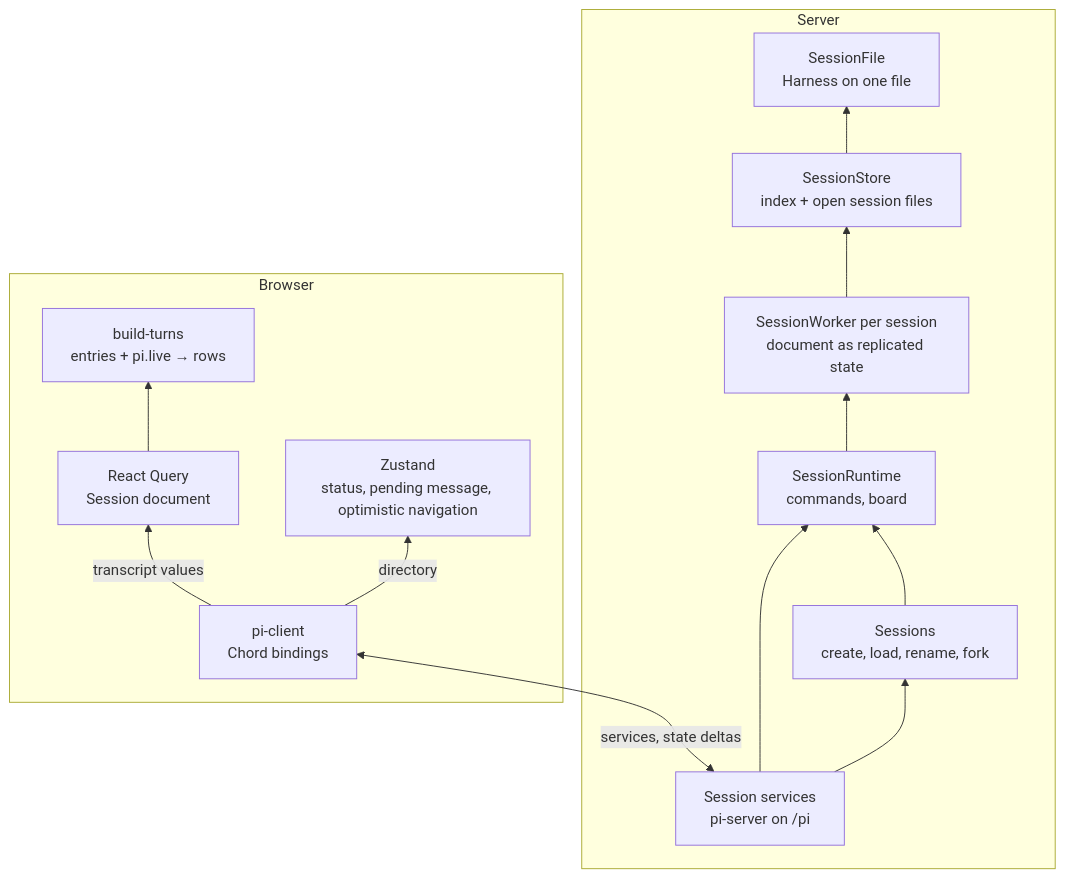
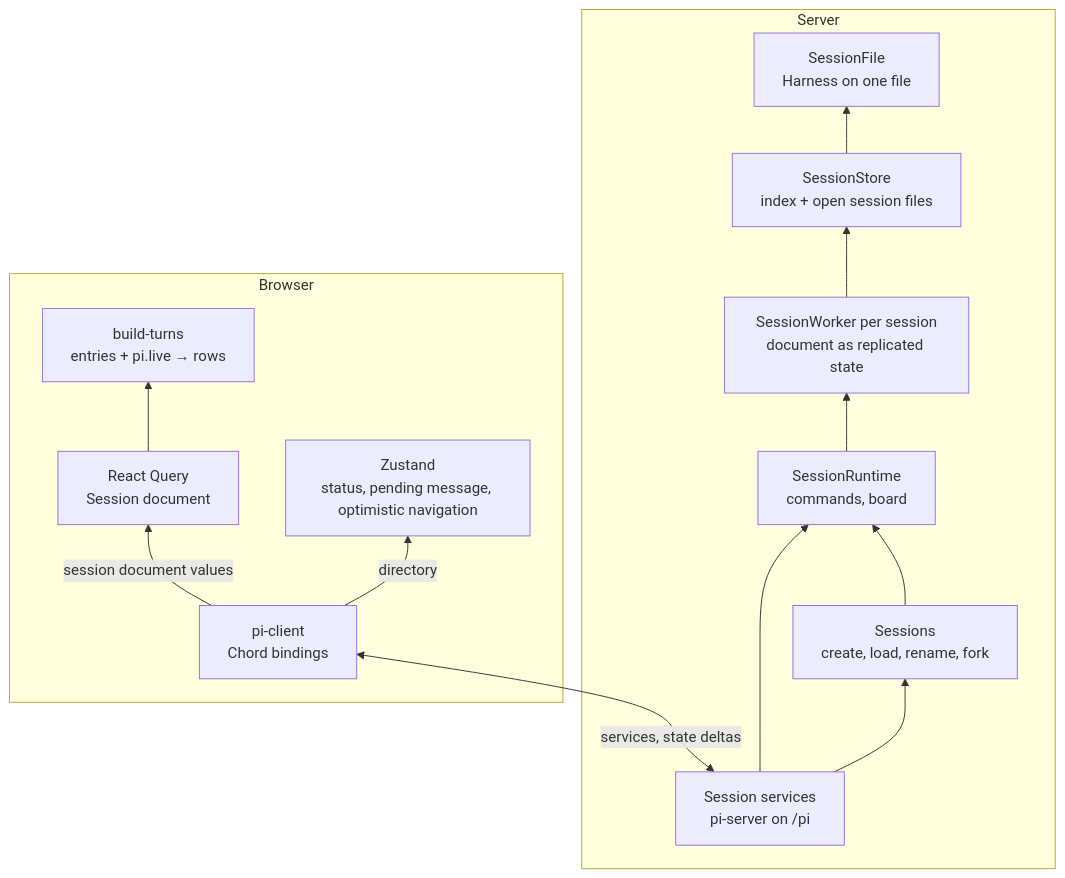
The diagram in docs/internal/session-runtime.md (mattiacerutti/supernova), drawn with Mermaid before and after one commit. The commit also changed other lines of this file and 246 other files, not shown here.

````diff
--- a/docs/internal/session-runtime.md
+++ b/docs/internal/session-runtime.md
@@ -38,30 +38,30 @@
 ```mermaid
 flowchart BT
     subgraph server[Server]
         edge["Session services<br/>pi-server on /pi"]
         sessions["Sessions<br/>create, load, rename, fork"]
         runtimeService["SessionRuntime<br/>commands, board"]
         worker["SessionWorker per session<br/>document as replicated state"]
         store["SessionStore<br/>index + open session files"]
         file["SessionFile<br/>Harness on one file"]
 
         edge --> sessions
         edge --> runtimeService
         sessions --> runtimeService
         runtimeService --> worker
         worker --> store
         store --> file
     end
 
     subgraph browser[Browser]
         client["pi-client<br/>Chord bindings"]
         query["React Query<br/>Session document"]
         liveStore["Zustand<br/>status, pending message, optimistic navigation"]
         timeline["build-turns<br/>entries + pi.live → rows"]
     end
 
     edge <-->|services, state deltas| client
-    client -->|transcript values| query
+    client -->|session document values| query
     client -->|directory| liveStore
     query --> timeline
 ```
````
